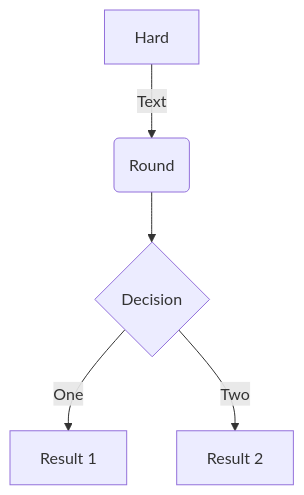
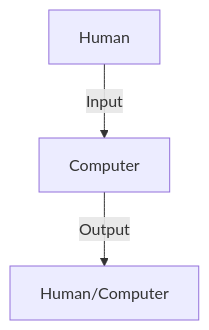
The diagram in programming_lesson_for_beginers/0_Preperation.md (EagleTw/markdown_notes), drawn with Mermaid before and after one commit.

Commit message:
Edit mermaid graph

````diff
--- a/programming_lesson_for_beginers/0_Preperation.md
+++ b/programming_lesson_for_beginers/0_Preperation.md
@@ -17,7 +17,5 @@
 ```mermaid
 graph TD
-  A[Hard] -->|Text| B(Round)
-  B --> C{Decision}
-  C -->|One| D[Result 1]
-  C -->|Two| E[Result 2]
+  A[Human] -->|Input| B[Computer]
+  B--> |Output| C[Human/Computer]
 ```
````
